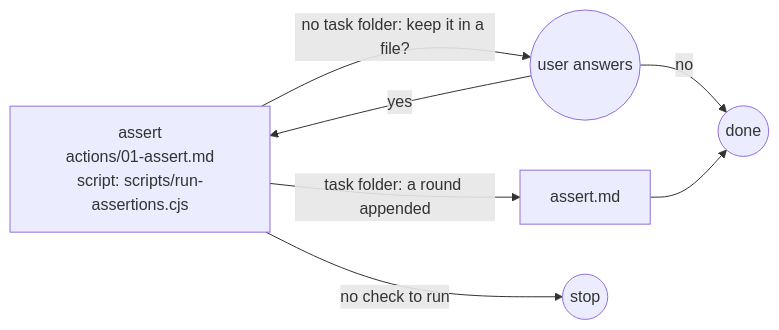
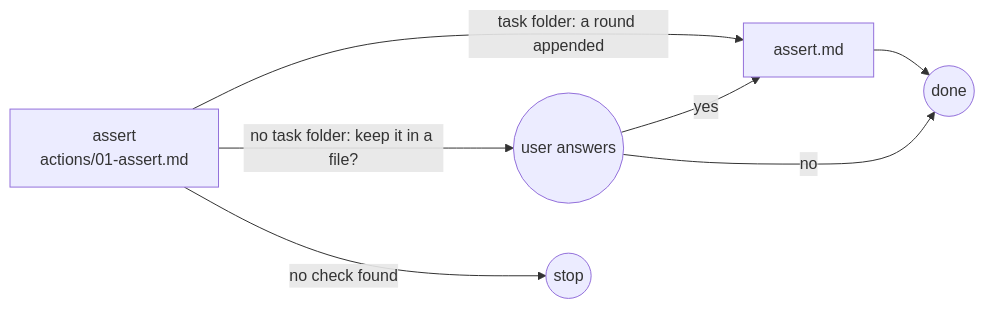
One commit to ai-driven-dev/framework changed the diagram in plugins/aidd-dev/skills/03-assert/SKILL.md. Above: the diagram before and after it, drawn with Mermaid. The commit also changed other lines of this file and 10 other files, not shown here.

First line of the commit message:
refactor(aidd-dev): let assert pick and run its checks, one shape for task reports

````diff
--- a/plugins/aidd-dev/skills/03-assert/SKILL.md
+++ b/plugins/aidd-dev/skills/03-assert/SKILL.md
@@ -11,9 +11,9 @@
 ```mermaid
 flowchart LR
-  assert["assert<br>actions/01-assert.md<br>script: scripts/run-assertions.cjs"] -->|"task folder: a round appended"| report["assert.md"]
+  assert["assert<br>actions/01-assert.md"] -->|"task folder: a round appended"| report["assert.md"]
   assert -->|"no task folder: keep it in a file?"| user((user answers))
-  user -->|yes| assert
+  user -->|yes| report
   user -->|no| done((done))
   report --> done
-  assert -->|"no check to run"| stop((stop))
+  assert -->|"no check found"| stop((stop))
 ```
````
